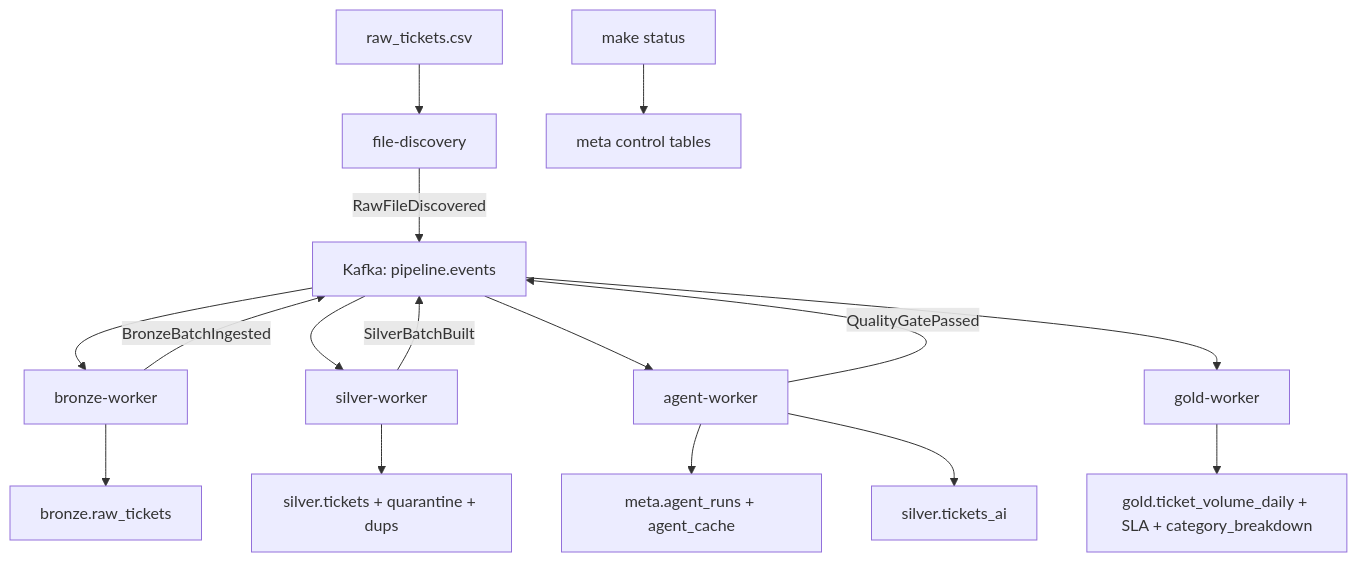
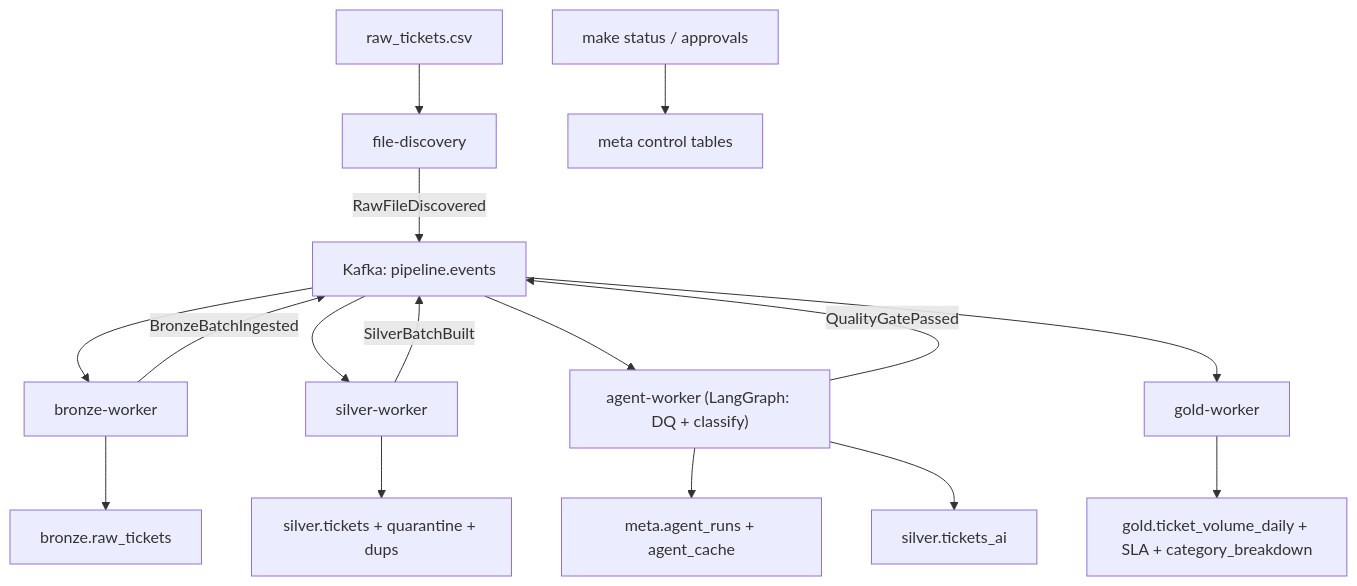
Before and after one commit to mohdshadaab/medallion_pipeline: the diagram in README.md, drawn with Mermaid. The commit also changed other lines of this file and 1 other file, not shown here.

First line of the commit message:
Add SOLUTION.md write-up and refresh README to current architecture

````diff
--- a/README.md
+++ b/README.md
@@ -28,18 +60,18 @@
 ```mermaid
 flowchart TD
     RawCsv["raw_tickets.csv"] --> FileDiscovery["file-discovery"]
     FileDiscovery -->|"RawFileDiscovered"| KafkaEvents["Kafka: pipeline.events"]
     KafkaEvents --> BronzeWorker["bronze-worker"]
     BronzeWorker --> Bronze["bronze.raw_tickets"]
     BronzeWorker -->|"BronzeBatchIngested"| KafkaEvents
     KafkaEvents --> SilverWorker["silver-worker"]
     SilverWorker --> Silver["silver.tickets + quarantine + dups"]
     SilverWorker -->|"SilverBatchBuilt"| KafkaEvents
-    KafkaEvents --> AgentWorker["agent-worker"]
+    KafkaEvents --> AgentWorker["agent-worker (LangGraph: DQ + classify)"]
     AgentWorker --> AgentMeta["meta.agent_runs + agent_cache"]
     AgentWorker --> AiTable["silver.tickets_ai"]
     AgentWorker -->|"QualityGatePassed"| KafkaEvents
     KafkaEvents --> GoldWorker["gold-worker"]
     GoldWorker --> Gold["gold.ticket_volume_daily + SLA + category_breakdown"]
-    Cli["make status"] --> Meta["meta control tables"]
+    Cli["make status / approvals"] --> Meta["meta control tables"]
 ```
````
